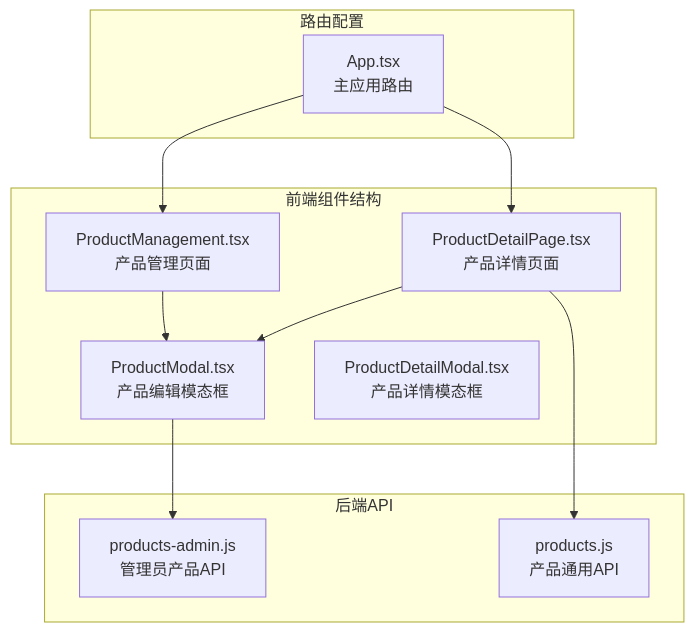
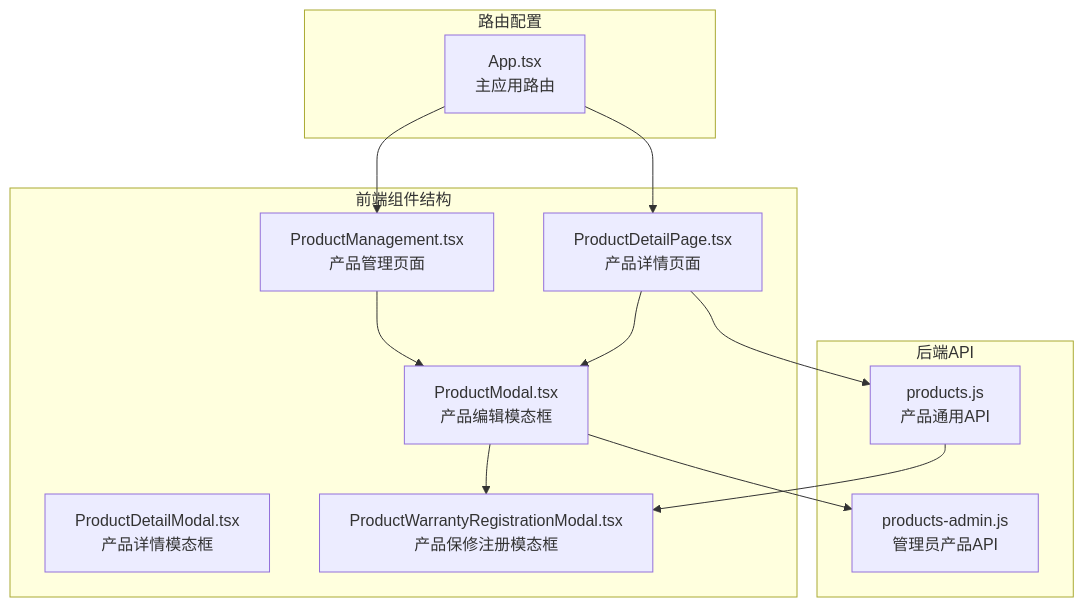
The first of 14 diagrams in .qoder/repowiki/zh/content/前端组件架构/产品详情页面组件/产品编辑模态框.md (CubeEdge/Longhorn), drawn with Mermaid before and after one commit. The commit also changed other lines of this file and 47 other files, not shown here.

````diff
--- a/.qoder/repowiki/zh/content/前端组件架构/产品详情页面组件/产品编辑模态框.md
+++ b/.qoder/repowiki/zh/content/前端组件架构/产品详情页面组件/产品编辑模态框.md
@@ -34,22 +46,25 @@
 ```mermaid
 graph TB
 subgraph "前端组件结构"
 PM[ProductManagement.tsx<br/>产品管理页面]
 PD[ProductDetailPage.tsx<br/>产品详情页面]
 PMD[ProductModal.tsx<br/>产品编辑模态框]
 PDM[ProductDetailModal.tsx<br/>产品详情模态框]
+WRM[ProductWarrantyRegistrationModal.tsx<br/>产品保修注册模态框]
 end
 subgraph "路由配置"
 APP[App.tsx<br/>主应用路由]
 end
 subgraph "后端API"
 PA[products-admin.js<br/>管理员产品API]
 PS[products.js<br/>产品通用API]
 end
 PM --> PMD
 PD --> PMD
 APP --> PM
 APP --> PD
 PMD --> PA
+PMD --> WRM
 PD --> PS
+PS --> WRM
 ```
````
